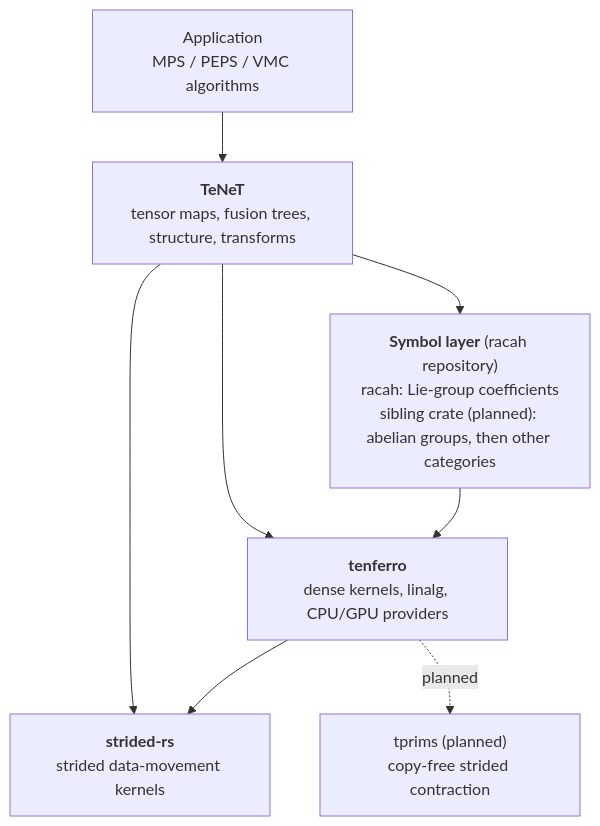
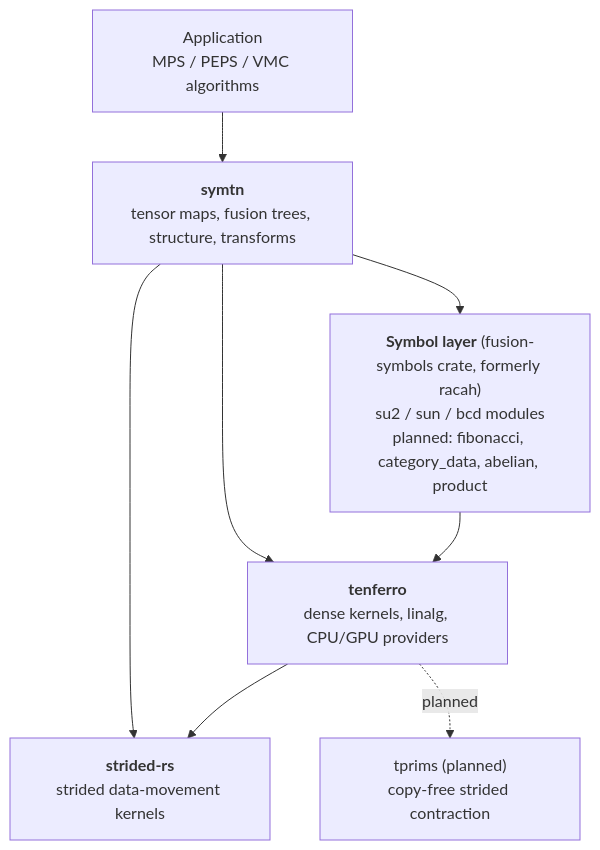
The first of 2 diagrams in docs/layering.md (Ryo-wtnb11/TeNeT), drawn with Mermaid before and after one commit. The commit also changed other lines of this file and 1495 other files, not shown here.

````diff
--- a/docs/layering.md
+++ b/docs/layering.md
@@ -22,16 +22,16 @@
 ```mermaid
 flowchart TB
     APP["Application<br/>MPS / PEPS / VMC algorithms"]
-    TENET["<b>TeNeT</b><br/>tensor maps, fusion trees, structure, transforms"]
-    SYM["<b>Symbol layer</b> (racah repository)<br/>racah: Lie-group coefficients<br/>sibling crate (planned): abelian groups, then other categories"]
+    SYMTN["<b>symtn</b><br/>tensor maps, fusion trees, structure, transforms"]
+    SYM["<b>Symbol layer</b> (fusion-symbols crate, formerly racah)<br/>su2 / sun / bcd modules<br/>planned: fibonacci, category_data, abelian, product"]
     DENSE["<b>tenferro</b><br/>dense kernels, linalg, CPU/GPU providers"]
     STR["<b>strided-rs</b><br/>strided data-movement kernels"]
     PRIMS["tprims (planned)<br/>copy-free strided contraction"]
-    APP --> TENET
-    TENET --> SYM
-    TENET --> DENSE
-    TENET --> STR
+    APP --> SYMTN
+    SYMTN --> SYM
+    SYMTN --> DENSE
+    SYMTN --> STR
     DENSE --> STR
     DENSE -.planned.-> PRIMS
     SYM --> DENSE
 ```
````
